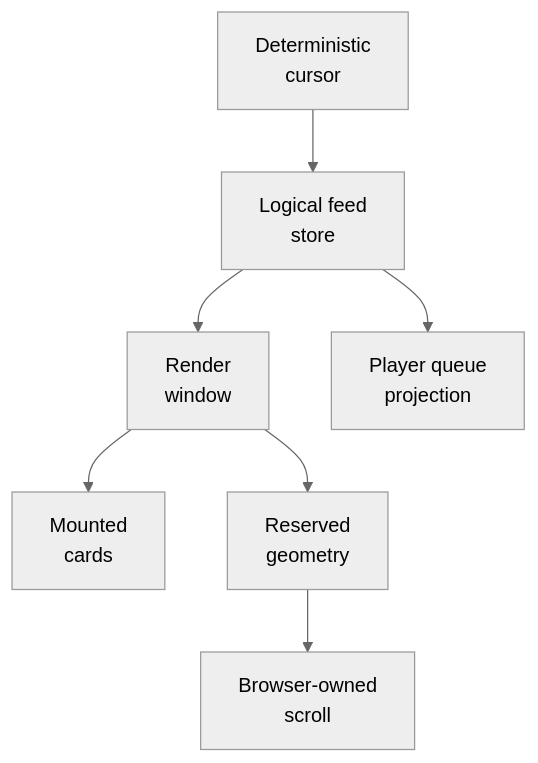
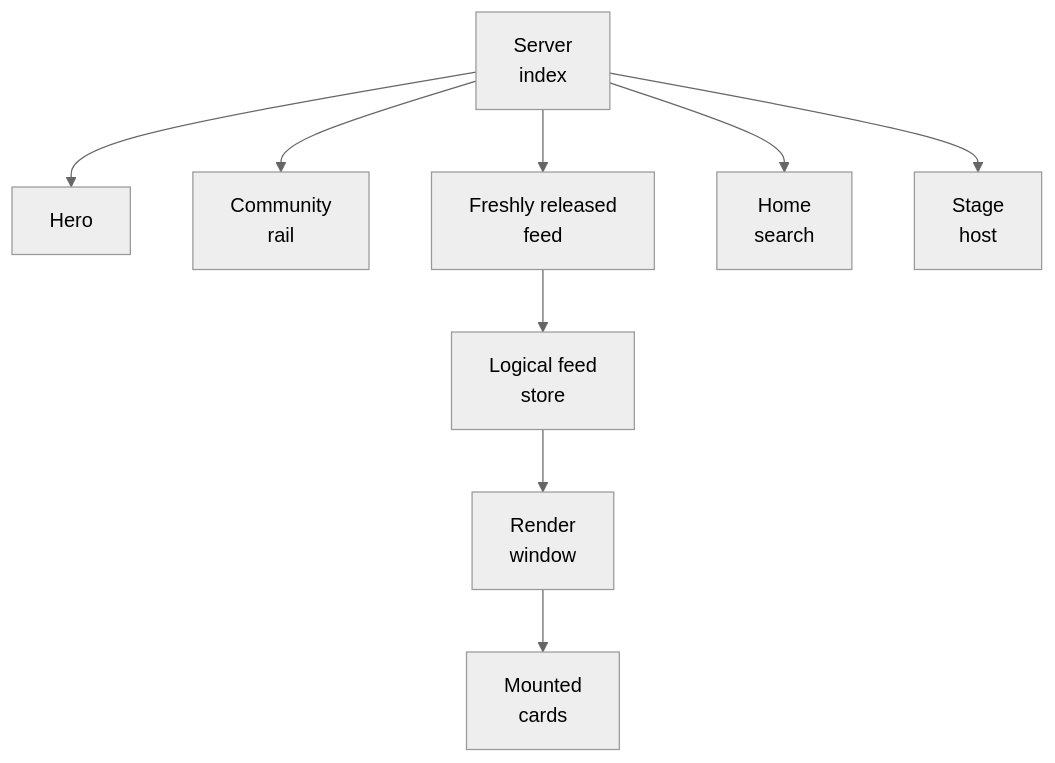
One commit to wilderruiz/millenova-project changed the second of 6 diagrams in docs/PLATFORM_ARCHITECTURE.md. Above: the diagram before and after it, drawn with Mermaid (neutral theme). The commit also changed other lines of this file, not shown here.

Commit message:
docs: correct platform architecture for Home, Stage families, and audio genome

````diff
--- a/docs/PLATFORM_ARCHITECTURE.md
+++ b/docs/PLATFORM_ARCHITECTURE.md
@@ -130,9 +50,12 @@
 ```mermaid
 flowchart TD
-    CURSOR["Deterministic<br/>cursor"] --> STORE["Logical feed<br/>store"]
+    PHP["Server<br/>index"] --> HERO["Hero"]
+    PHP --> RAIL["Community<br/>rail"]
+    PHP --> FEED["Freshly released<br/>feed"]
+    PHP --> SEARCH["Home<br/>search"]
+    PHP --> STAGE["Stage<br/>host"]
+
+    FEED --> STORE["Logical feed<br/>store"]
     STORE --> WINDOW["Render<br/>window"]
     WINDOW --> DOM["Mounted<br/>cards"]
-    WINDOW --> GEOM["Reserved<br/>geometry"]
-    STORE --> QUEUE["Player queue<br/>projection"]
-    GEOM --> NATIVE["Browser-owned<br/>scroll"]
 ```
````
